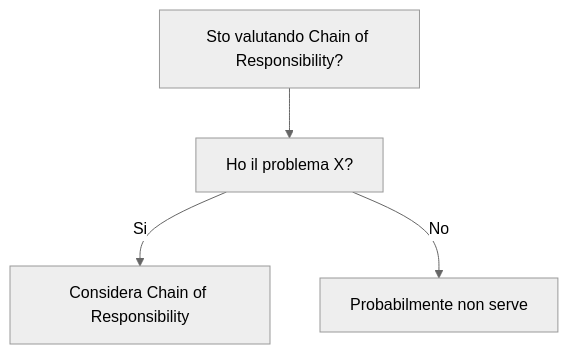
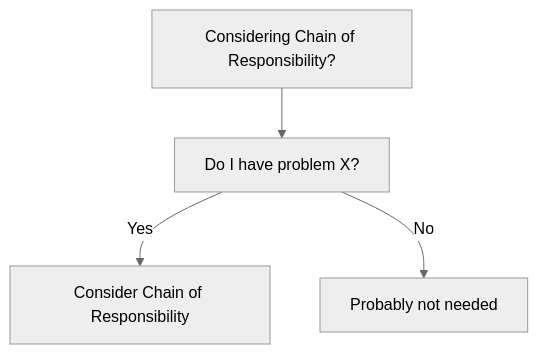
Before and after one commit to HxT9/Software-Dev-Wiki: the diagram in dev-wiki/03_Design_Patterns/Behavioral/Chain_of_Responsibility/When_To_Use.md, drawn with Mermaid (neutral theme). The commit also changed other lines of this file and 3444 other files, not shown here.

````diff
--- a/dev-wiki/03_Design_Patterns/Behavioral/Chain_of_Responsibility/When_To_Use.md
+++ b/dev-wiki/03_Design_Patterns/Behavioral/Chain_of_Responsibility/When_To_Use.md
@@ -19,6 +19,6 @@
 ```mermaid
 flowchart TD
-  Q[Sto valutando Chain of Responsibility?] --> Q1[Ho il problema X?]
-  Q1 -->|Si| OK[Considera Chain of Responsibility]
-  Q1 -->|No| NO[Probabilmente non serve]
+  Q[Considering Chain of Responsibility?] --> Q1[Do I have problem X?]
+  Q1 -->|Yes| OK[Consider Chain of Responsibility]
+  Q1 -->|No| NO[Probably not needed]
 ```
````
